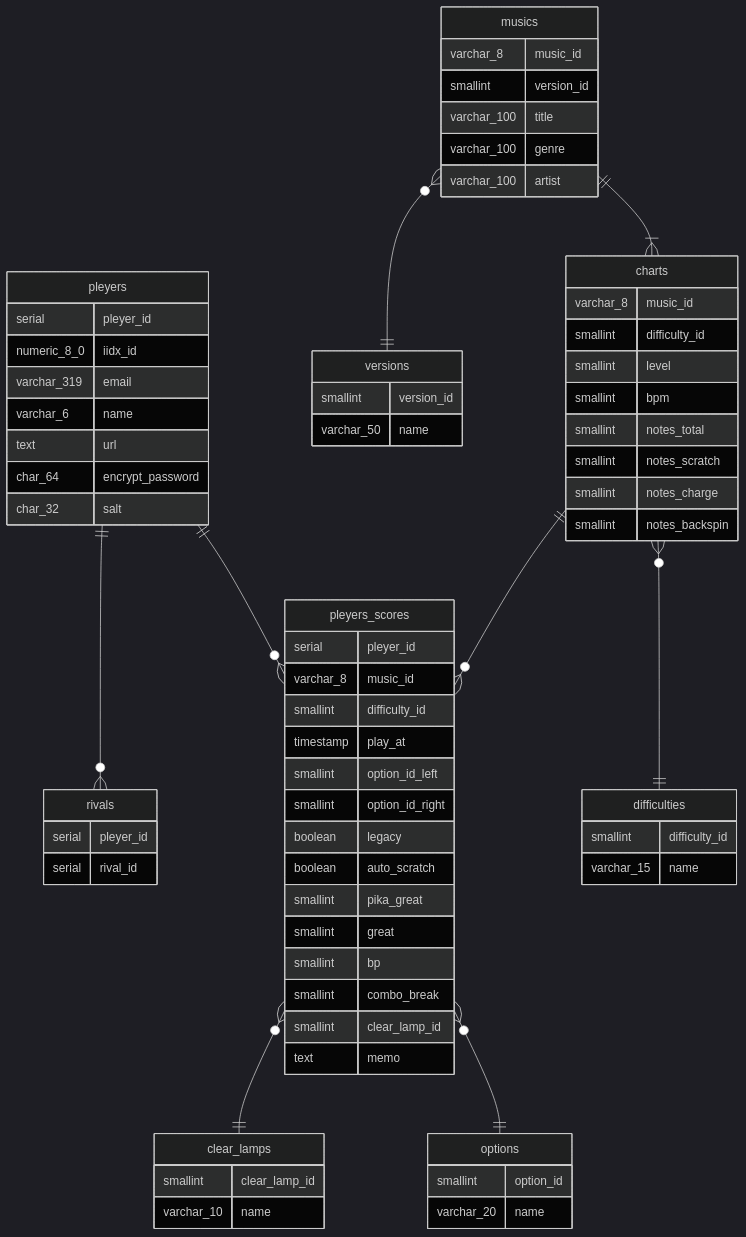
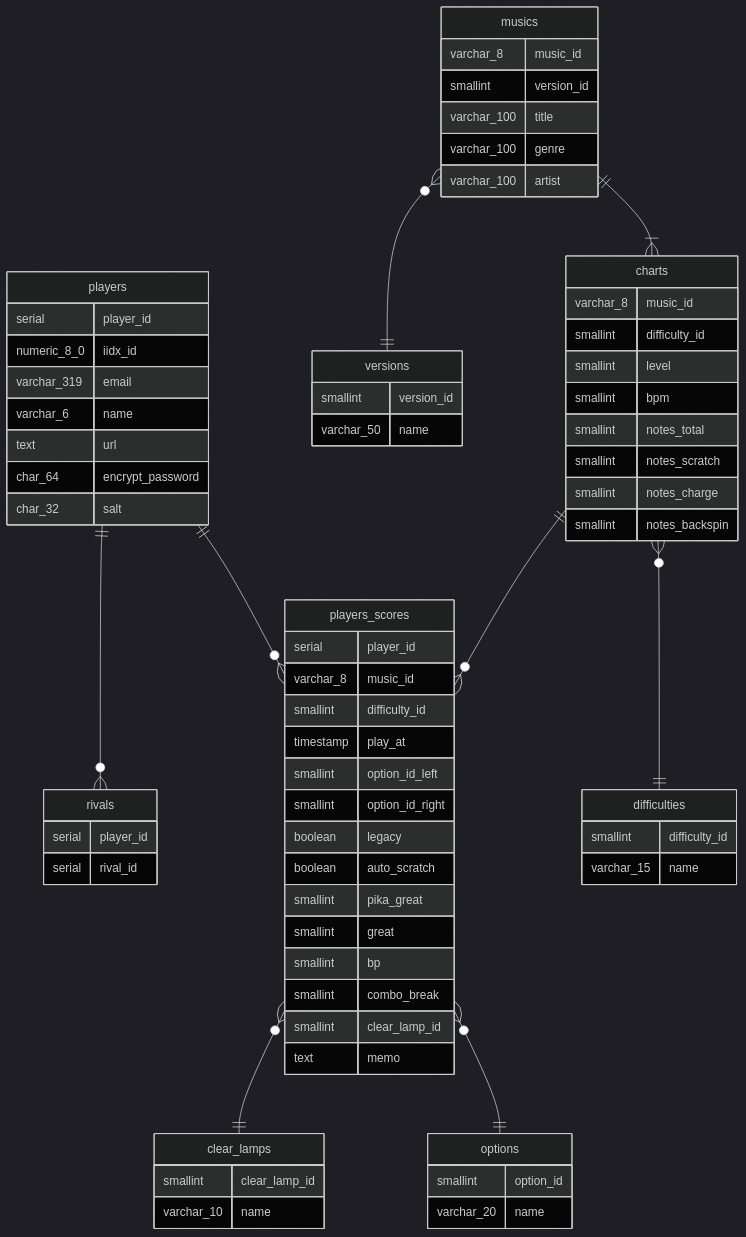
One commit to tn369/dbr-manager changed the diagram in ER_Diagram.md. Above: the diagram before and after it, drawn with Mermaid (dark theme).

Commit message:
change スペル修正

```diff
--- a/ER_Diagram.md
+++ b/ER_Diagram.md
@@ -4,17 +4,17 @@
 
 erDiagram
 
-pleyers ||--o{ pleyers_scores: ""
-pleyers ||--o{ rivals: ""
-pleyers_scores }o--|| options :""
-pleyers_scores }o--|| clear_lamps:""
+players ||--o{ players_scores: ""
+players ||--o{ rivals: ""
+players_scores }o--|| options :""
+players_scores }o--|| clear_lamps:""
 charts }o--|| difficulties:""
 musics ||--|{ charts: ""
 musics }o--|| versions: ""
-charts ||--o{ pleyers_scores:""
+charts ||--o{ players_scores:""
 
-pleyers{
-    serial pleyer_id 
+players{
+    serial player_id
     numeric_8_0 iidx_id
     varchar_319 email
     varchar_6 name
@@ -24,12 +24,12 @@
 }
 
 rivals {
-    serial pleyer_id
+    serial player_id
     serial rival_id
 }
 
-pleyers_scores {
-    serial pleyer_id
+players_scores {
+    serial player_id
     varchar_8 music_id
     smallint difficulty_id
     timestamp play_at
```
